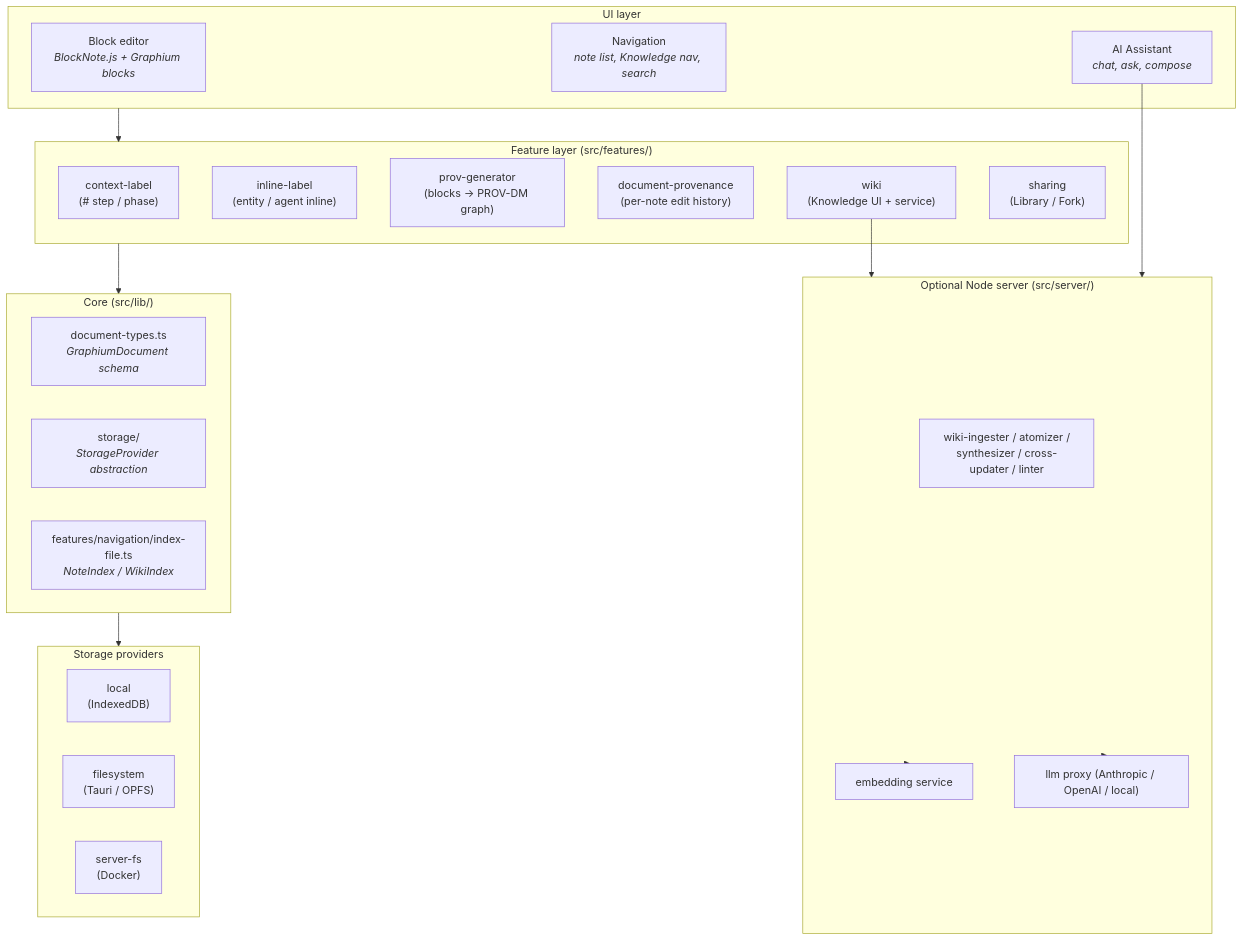
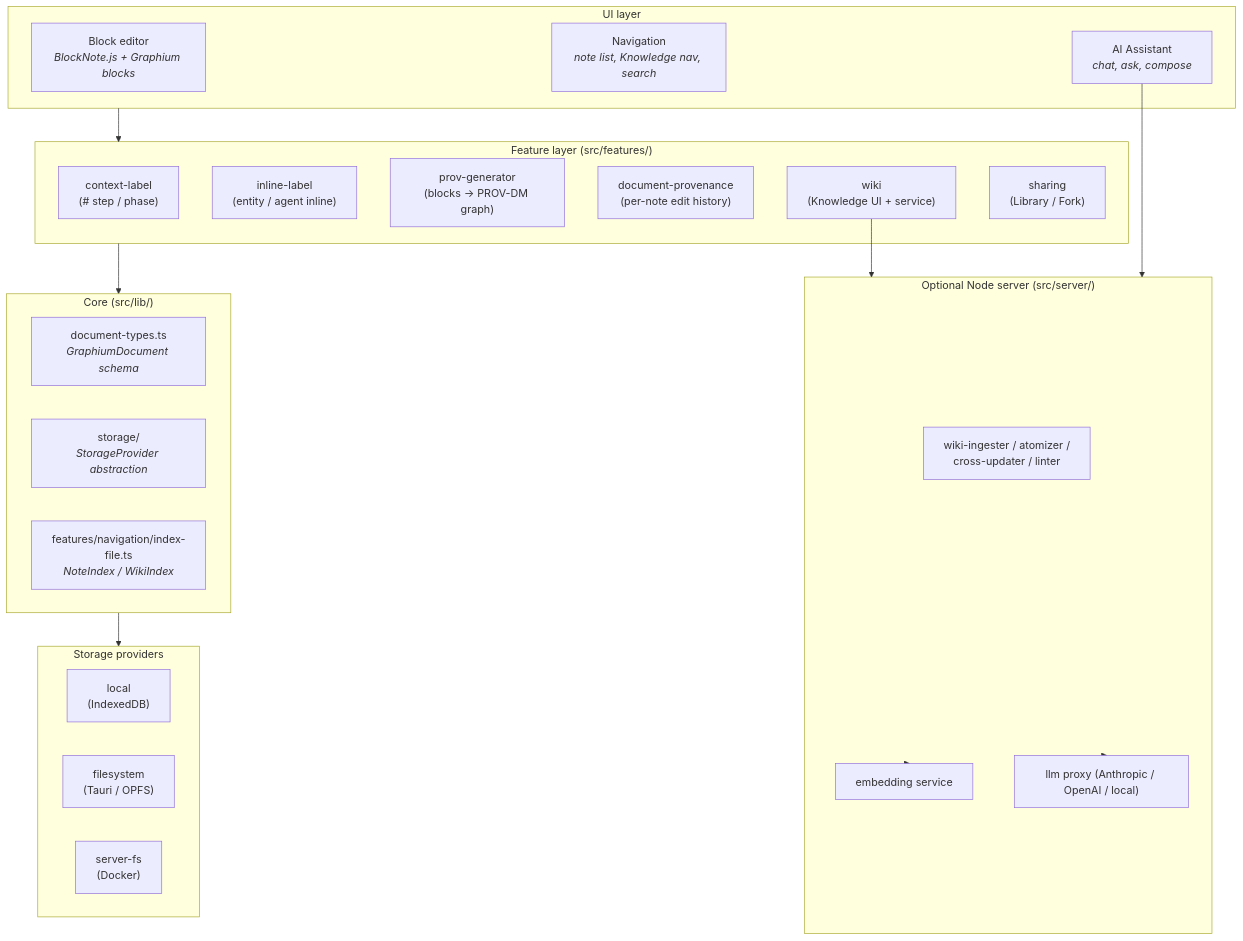
One commit to kumagallium/Graphium changed the first of 3 diagrams in docs/ARCHITECTURE.md. Above: the diagram before and after it, drawn with Mermaid. The commit also changed other lines of this file and 34 other files, not shown here.

````diff
--- a/docs/ARCHITECTURE.md
+++ b/docs/ARCHITECTURE.md
@@ -39,43 +39,43 @@
 ```mermaid
 flowchart TB
     subgraph UI["UI layer"]
         E["Block editor<br/><i>BlockNote.js + Graphium blocks</i>"]
         N["Navigation<br/><i>note list, Knowledge nav, search</i>"]
         AI["AI Assistant<br/><i>chat, ask, compose</i>"]
     end
 
     subgraph FEAT["Feature layer (src/features/)"]
         CL["context-label<br/>(# step / phase)"]
         IL["inline-label<br/>(entity / agent inline)"]
         PG["prov-generator<br/>(blocks → PROV-DM graph)"]
         DP["document-provenance<br/>(per-note edit history)"]
         WIKI["wiki<br/>(Knowledge UI + service)"]
         SH["sharing<br/>(Library / Fork)"]
     end
 
     subgraph CORE["Core (src/lib/)"]
         DT["document-types.ts<br/><i>GraphiumDocument schema</i>"]
         ST["storage/<br/><i>StorageProvider abstraction</i>"]
         IDX["features/navigation/index-file.ts<br/><i>NoteIndex / WikiIndex</i>"]
     end
 
     subgraph SRV["Optional Node server (src/server/)"]
-        WI["wiki-ingester / atomizer /<br/>synthesizer / cross-updater / linter"]
+        WI["wiki-ingester / atomizer /<br/>cross-updater / linter"]
         EMB["embedding service"]
         LLM["llm proxy (Anthropic / OpenAI / local)"]
     end
 
     subgraph PROV["Storage providers"]
         L["local<br/>(IndexedDB)"]
         F["filesystem<br/>(Tauri / OPFS)"]
         S["server-fs<br/>(Docker)"]
     end
 
     UI --> FEAT
     FEAT --> CORE
     CORE --> PROV
     AI --> SRV
     WIKI --> SRV
     SRV --> EMB
     SRV --> LLM
 ```
````
